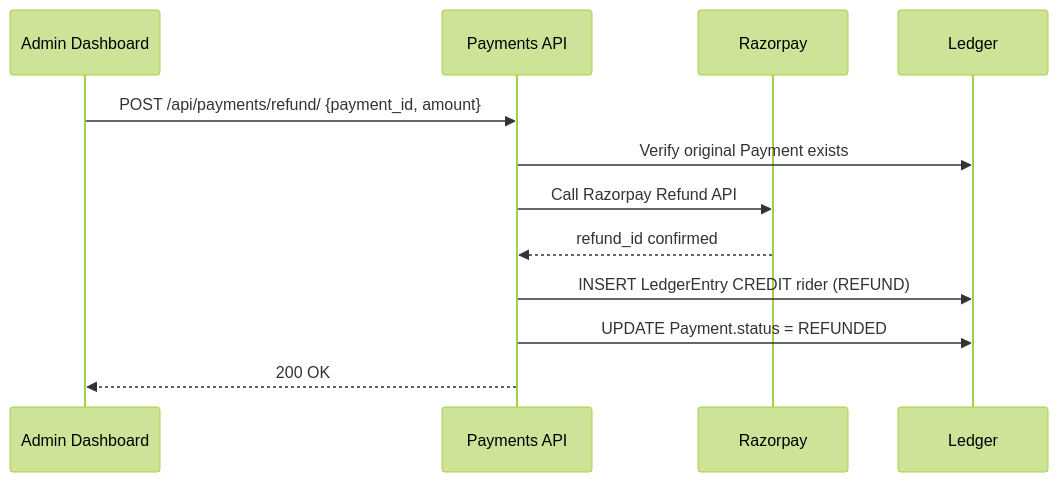
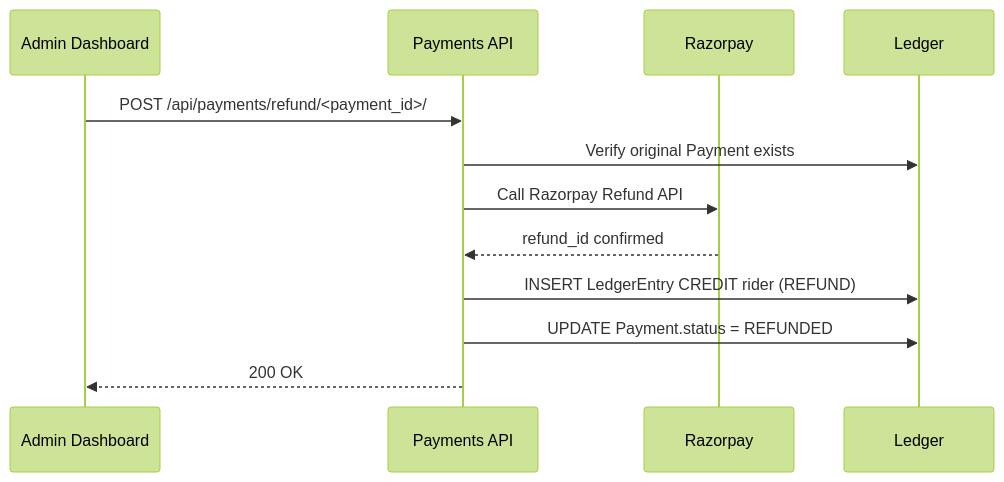
One commit to sanjaikumarask/uber--clone changed the diagram in docs/4.Payments/5.Workflows/Refund_Flow.md. Above: the diagram before and after it, drawn with Mermaid (forest theme). The commit also changed other lines of this file and 116 other files, not shown here.

````diff
--- a/docs/4.Payments/5.Workflows/Refund_Flow.md
+++ b/docs/4.Payments/5.Workflows/Refund_Flow.md
@@ -44,15 +44,15 @@
 ```mermaid
 sequenceDiagram
 participant Admin as Admin Dashboard
 participant API as Payments API
 participant GW as Razorpay
 participant DB as Ledger
 
-Admin->>API: POST /api/payments/refund/ {payment_id, amount}
+Admin->>API: POST /api/payments/refund/<payment_id>/
 API->>DB: Verify original Payment exists
 API->>GW: Call Razorpay Refund API
 GW-->>API: refund_id confirmed
 API->>DB: INSERT LedgerEntry CREDIT rider (REFUND)
 API->>DB: UPDATE Payment.status = REFUNDED
 API-->>Admin: 200 OK
 ```
````
